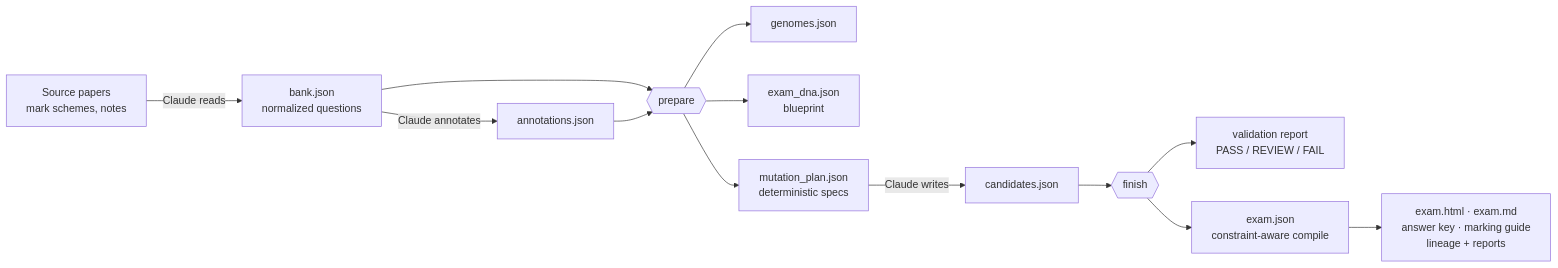
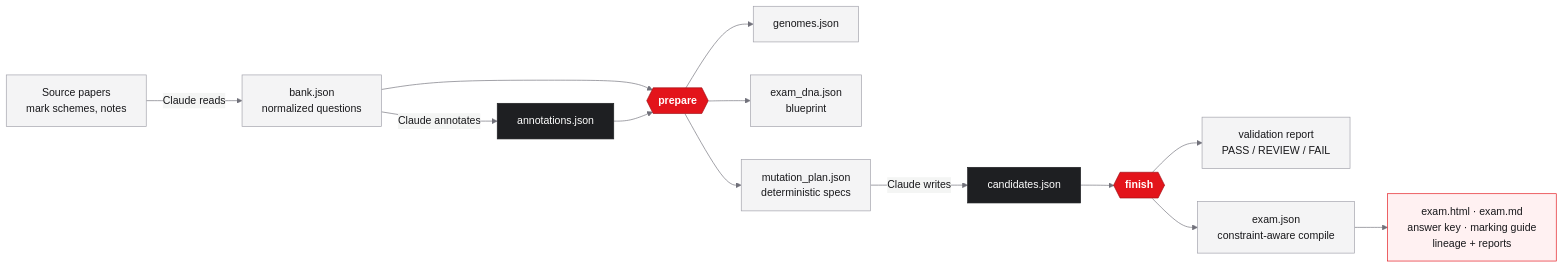
Before and after one commit to mkkirik/ExamDNA: the diagram in README.md, drawn with Mermaid. The commit also changed other lines of this file and 7 other files, not shown here.

````diff
--- a/README.md
+++ b/README.md
@@ -32,14 +60,21 @@
 ```mermaid
+%%{init: {"theme": "base", "themeVariables": {"primaryColor": "#f4f4f5", "primaryBorderColor": "#a1a1aa", "primaryTextColor": "#18181b", "lineColor": "#71717a", "fontFamily": "Segoe UI, Helvetica, Arial, sans-serif"}}}%%
 flowchart LR
+  classDef engine fill:#e3141b,stroke:#9f0f14,color:#ffffff,font-weight:bold
+  classDef agent fill:#1e1f22,stroke:#1e1f22,color:#ffffff
+  classDef out fill:#fff1f2,stroke:#e3141b,color:#18181b
   S[Source papers<br/>mark schemes, notes] -->|Claude reads| B[bank.json<br/>normalized questions]
   B -->|Claude annotates| A[annotations.json]
   B & A --> P{{prepare}}
   P --> G[genomes.json]
   P --> D[exam_dna.json<br/>blueprint]
   P --> M[mutation_plan.json<br/>deterministic specs]
   M -->|Claude writes| C[candidates.json]
   C --> F{{finish}}
   F --> V[validation report<br/>PASS / REVIEW / FAIL]
   F --> X[exam.json<br/>constraint-aware compile]
   X --> O[exam.html · exam.md<br/>answer key · marking guide<br/>lineage + reports]
+  class P,F engine
+  class A,C agent
+  class O out
 ```
````
